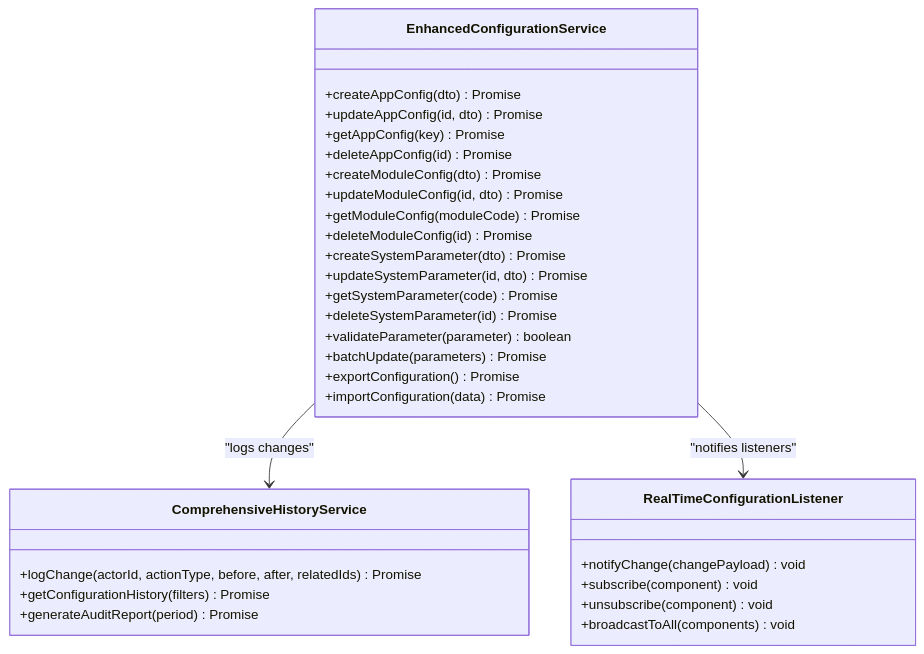
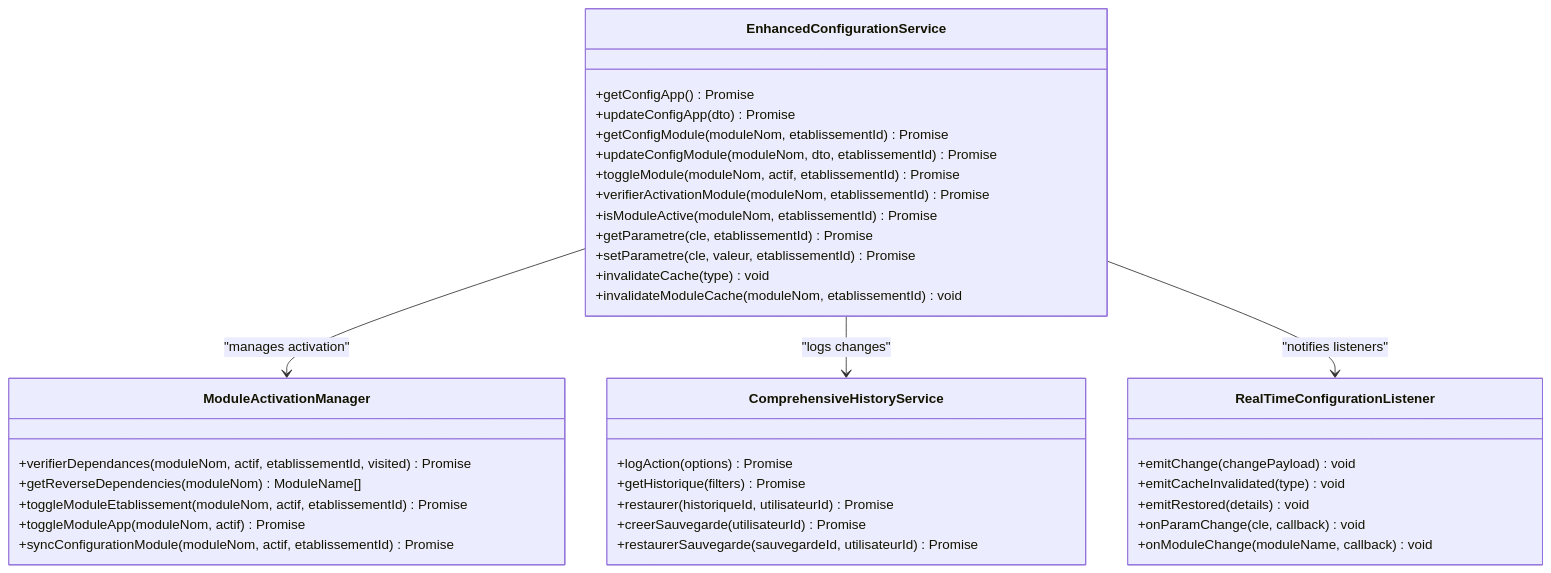
Before and after one commit to franckylab/eLISAschool: the fourth of 11 diagrams in .qoder/repowiki/en/content/Modules & Features/Administrative Modules/Institutional Configuration.md, drawn with Mermaid. The commit also changed other lines of this file and 236 other files, not shown here.

````diff
--- a/.qoder/repowiki/en/content/Modules & Features/Administrative Modules/Institutional Configuration.md
+++ b/.qoder/repowiki/en/content/Modules & Features/Administrative Modules/Institutional Configuration.md
@@ -273,34 +300,40 @@
 ```mermaid
 classDiagram
 class EnhancedConfigurationService {
-+createAppConfig(dto) Promise
-+updateAppConfig(id, dto) Promise
-+getAppConfig(key) Promise
-+deleteAppConfig(id) Promise
-+createModuleConfig(dto) Promise
-+updateModuleConfig(id, dto) Promise
-+getModuleConfig(moduleCode) Promise
-+deleteModuleConfig(id) Promise
-+createSystemParameter(dto) Promise
-+updateSystemParameter(id, dto) Promise
-+getSystemParameter(code) Promise
-+deleteSystemParameter(id) Promise
-+validateParameter(parameter) boolean
-+batchUpdate(parameters) Promise
-+exportConfiguration() Promise
-+importConfiguration(data) Promise
++getConfigApp() Promise
++updateConfigApp(dto) Promise
++getConfigModule(moduleNom, etablissementId) Promise
++updateConfigModule(moduleNom, dto, etablissementId) Promise
++toggleModule(moduleNom, actif, etablissementId) Promise
++verifierActivationModule(moduleNom, etablissementId) Promise
++isModuleActive(moduleNom, etablissementId) Promise
++getParametre(cle, etablissementId) Promise
++setParametre(cle, valeur, etablissementId) Promise
++invalidateCache(type) void
++invalidateModuleCache(moduleNom, etablissementId) void
+}
+class ModuleActivationManager {
++verifierDependances(moduleNom, actif, etablissementId, visited) Promise
++getReverseDependencies(moduleNom) ModuleName[]
++toggleModuleEtablissement(moduleNom, actif, etablissementId) Promise
++toggleModuleApp(moduleNom, actif) Promise
++syncConfigurationModule(moduleNom, actif, etablissementId) Promise
 }
 class ComprehensiveHistoryService {
-+logChange(actorId, actionType, before, after, relatedIds) Promise
-+getConfigurationHistory(filters) Promise
-+generateAuditReport(period) Promise
++logAction(options) Promise
++getHistorique(filters) Promise
++restaurer(historiqueId, utilisateurId) Promise
++creerSauvegarde(utilisateurId) Promise
++restaurerSauvegarde(sauvegardeId, utilisateurId) Promise
 }
 class RealTimeConfigurationListener {
-+notifyChange(changePayload) void
-+subscribe(component) void
-+unsubscribe(component) void
-+broadcastToAll(components) void
++emitChange(changePayload) void
++emitCacheInvalidated(type) void
++emitRestored(details) void
++onParamChange(cle, callback) void
++onModuleChange(moduleName, callback) void
 }
+EnhancedConfigurationService --> ModuleActivationManager : "manages activation"
 EnhancedConfigurationService --> ComprehensiveHistoryService : "logs changes"
 EnhancedConfigurationService --> RealTimeConfigurationListener : "notifies listeners"
 ```
````
